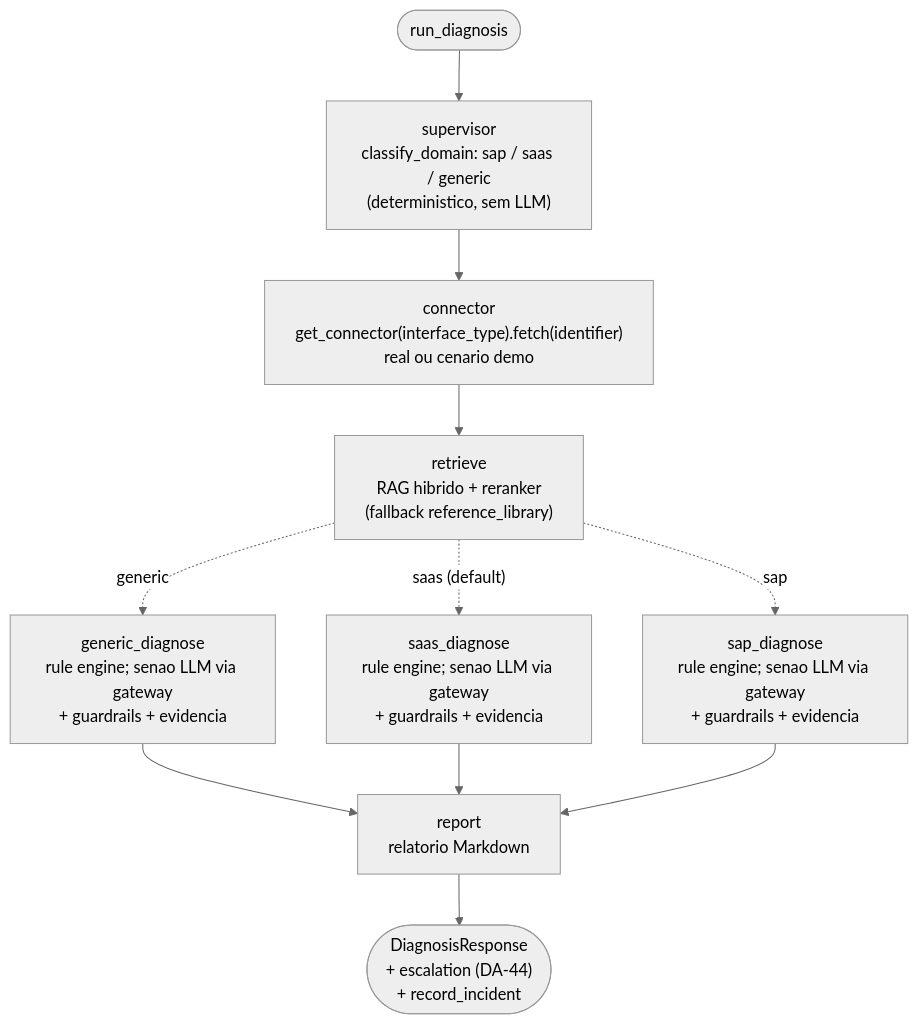
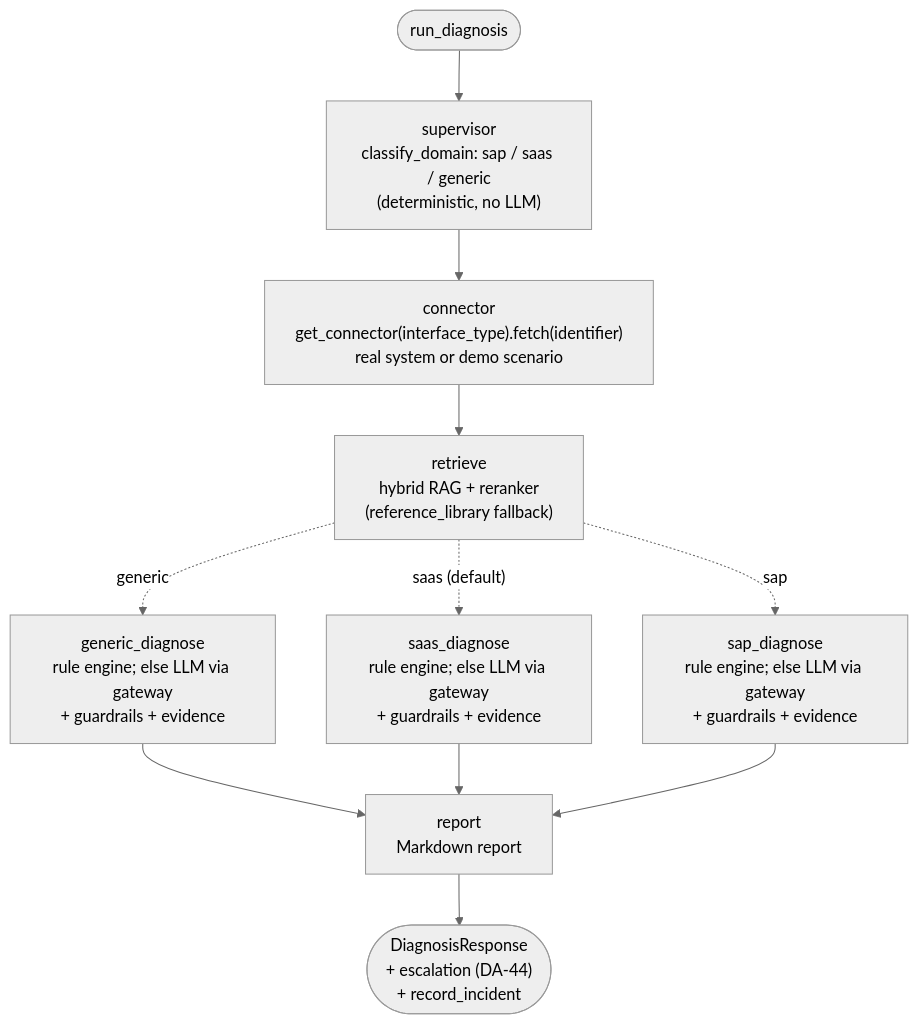
One commit to marcos-slima/integration-incident-copilot changed the diagram in README.md. Above: the diagram before and after it, drawn with Mermaid (neutral theme). The commit also changed other lines of this file and 27 other files, not shown here.

````diff
--- a/README.md
+++ b/README.md
@@ -45,22 +57,22 @@
 ```mermaid
 flowchart TD
     inicio(["run_diagnosis"])
-    supervisor["supervisor<br/>classify_domain: sap / saas / generic<br/>(deterministico, sem LLM)"]
-    connector["connector<br/>get_connector(interface_type).fetch(identifier)<br/>real ou cenario demo"]
-    retrieve["retrieve<br/>RAG hibrido + reranker<br/>(fallback reference_library)"]
-    sap_diagnose["sap_diagnose<br/>rule engine; senao LLM via gateway<br/>+ guardrails + evidencia"]
-    saas_diagnose["saas_diagnose<br/>rule engine; senao LLM via gateway<br/>+ guardrails + evidencia"]
-    generic_diagnose["generic_diagnose<br/>rule engine; senao LLM via gateway<br/>+ guardrails + evidencia"]
-    report["report<br/>relatorio Markdown"]
+    supervisor["supervisor<br/>classify_domain: sap / saas / generic<br/>(deterministic, no LLM)"]
+    connector["connector<br/>get_connector(interface_type).fetch(identifier)<br/>real system or demo scenario"]
+    retrieve["retrieve<br/>hybrid RAG + reranker<br/>(reference_library fallback)"]
+    sap_diagnose["sap_diagnose<br/>rule engine; else LLM via gateway<br/>+ guardrails + evidence"]
+    saas_diagnose["saas_diagnose<br/>rule engine; else LLM via gateway<br/>+ guardrails + evidence"]
+    generic_diagnose["generic_diagnose<br/>rule engine; else LLM via gateway<br/>+ guardrails + evidence"]
+    report["report<br/>Markdown report"]
     fim(["DiagnosisResponse<br/>+ escalation (DA-44)<br/>+ record_incident"])
     inicio --> supervisor
     connector --> retrieve
     generic_diagnose --> report
     report --> fim
     retrieve -.->|"generic"| generic_diagnose
     retrieve -.->|"saas (default)"| saas_diagnose
     retrieve -.->|"sap"| sap_diagnose
     saas_diagnose --> report
     sap_diagnose --> report
     supervisor --> connector
 ```
````
